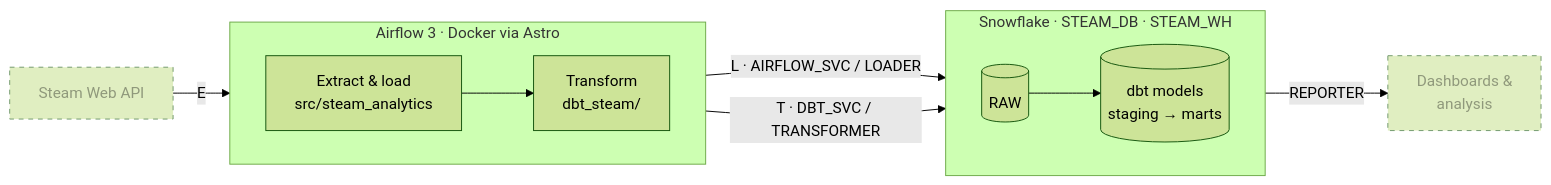
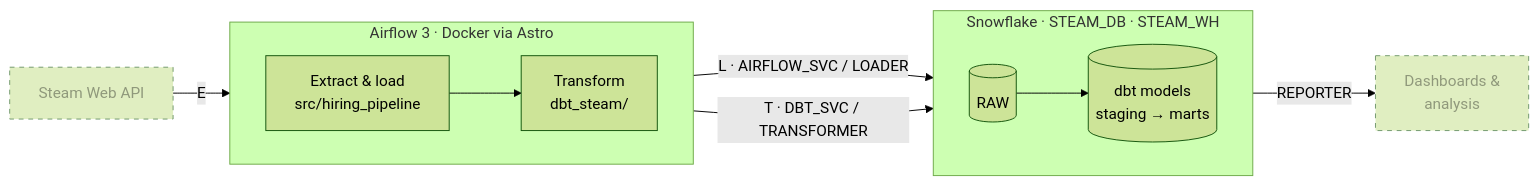
One commit to JayP-Personal/steam-player-analytics changed the diagram in docs/v0.1-foundations.md. Above: the diagram before and after it, drawn with Mermaid (forest theme). The commit also changed other lines of this file and 33 other files, not shown here.

````diff
--- a/docs/v0.1-foundations.md
+++ b/docs/v0.1-foundations.md
@@ -14,27 +17,27 @@
 ```mermaid
 flowchart LR
     STEAM["Steam Web API"]:::planned
 
     subgraph AF["Airflow 3 · Docker via Astro"]
         direction LR
-        EXTRACT["Extract & load<br/>src/steam_analytics"]
+        EXTRACT["Extract & load<br/>src/hiring_pipeline"]
         TRANSFORM["Transform<br/>dbt_steam/"]
         EXTRACT --> TRANSFORM
     end
 
     subgraph SF["Snowflake · STEAM_DB · STEAM_WH"]
         direction LR
         RAW[("RAW")]
         MODELS[("dbt models<br/>staging → marts")]
         RAW --> MODELS
     end
 
     BI["Dashboards &<br/>analysis"]:::planned
 
     STEAM -- "E" --> EXTRACT
     EXTRACT -- "L · AIRFLOW_SVC / LOADER" --> RAW
     TRANSFORM -- "T · DBT_SVC / TRANSFORMER" --> MODELS
     MODELS -- "REPORTER" --> BI
 
     classDef planned stroke-dasharray: 5 5,opacity:0.6
 ```
````
